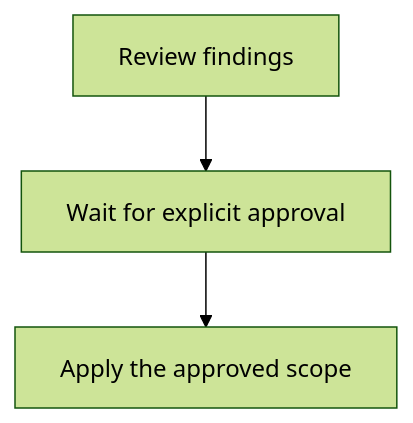
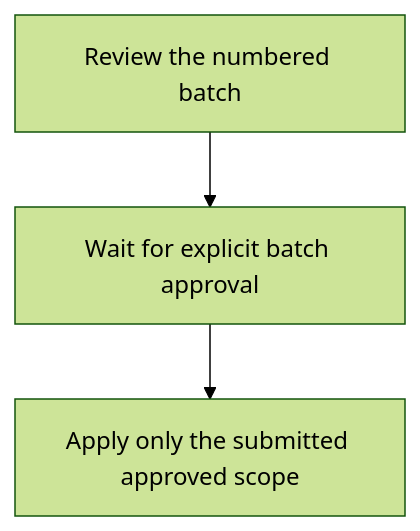
The second of 3 diagrams in docs/en/design_philosophy_extended.md (SnowLightPath/DDL), drawn with Mermaid (forest theme) before and after one commit. The commit also changed other lines of this file and 26 other files, not shown here.

First line of the commit message:
Make batch approval the default across DDL

````diff
--- a/docs/en/design_philosophy_extended.md
+++ b/docs/en/design_philosophy_extended.md
@@ -366,5 +370,5 @@
 ```mermaid
 flowchart TD
-    Review[Review findings] --> Wait[Wait for explicit approval]
-    Wait --> Apply[Apply the approved scope]
+    Review[Review the numbered batch] --> Wait[Wait for explicit batch approval]
+    Wait --> Apply[Apply only the submitted approved scope]
 ```
````
